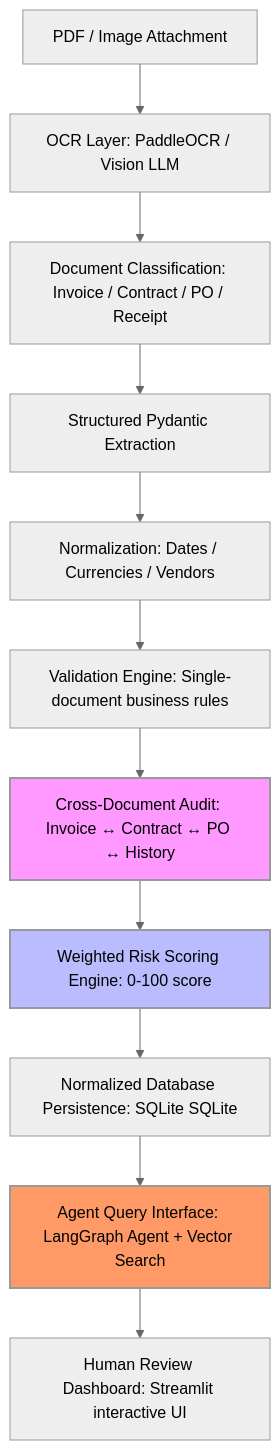
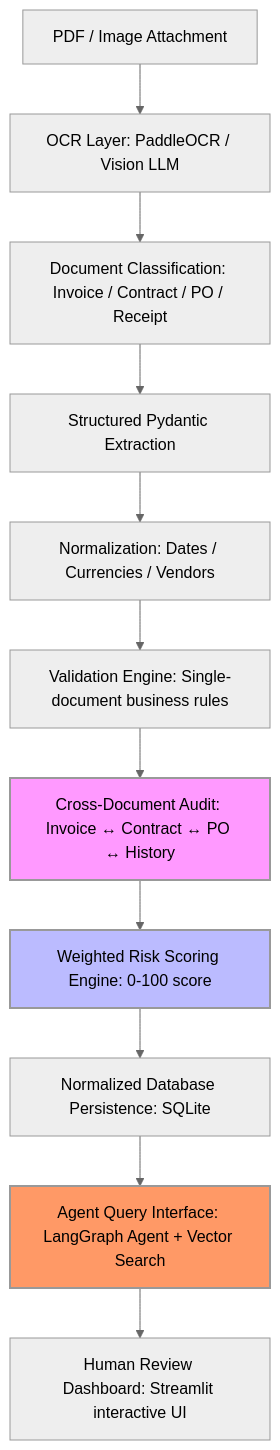
Before and after one commit to ngnkhanhly/ai-forensic-audit-copilot: the diagram in README.md, drawn with Mermaid (neutral theme).

Commit message:
Wrap Mermaid labels in quotes to fix text clipping

````diff
--- a/README.md
+++ b/README.md
@@ -55,17 +55,17 @@
 ```mermaid
 graph TD
-    A[PDF / Image Attachment] --> B[OCR Layer: PaddleOCR / Vision LLM]
-    B --> C[Document Classification: Invoice / Contract / PO / Receipt]
-    C --> D[Structured Pydantic Extraction]
-    D --> E[Normalization: Dates / Currencies / Vendors]
-    E --> F[Validation Engine: Single-document business rules]
-    F --> G[Cross-Document Audit: Invoice ↔ Contract ↔ PO ↔ History]
-    G --> H[Weighted Risk Scoring Engine: 0-100 score]
-    H --> I[Normalized Database Persistence: SQLite SQLite]
-    I --> J[Agent Query Interface: LangGraph Agent + Vector Search]
-    J --> K[Human Review Dashboard: Streamlit interactive UI]
+    A["PDF / Image Attachment"] --> B["OCR Layer: PaddleOCR / Vision LLM"]
+    B --> C["Document Classification: Invoice / Contract / PO / Receipt"]
+    C --> D["Structured Pydantic Extraction"]
+    D --> E["Normalization: Dates / Currencies / Vendors"]
+    E --> F["Validation Engine: Single-document business rules"]
+    F --> G["Cross-Document Audit: Invoice ↔ Contract ↔ PO ↔ History"]
+    G --> H["Weighted Risk Scoring Engine: 0-100 score"]
+    H --> I["Normalized Database Persistence: SQLite"]
+    I --> J["Agent Query Interface: LangGraph Agent + Vector Search"]
+    J --> K["Human Review Dashboard: Streamlit interactive UI"]
     
     style G fill:#f9f,stroke:#33,stroke-width:2px
     style H fill:#bbf,stroke:#33,stroke-width:2px
     style J fill:#f96,stroke:#33,stroke-width:2px
 ```
````
